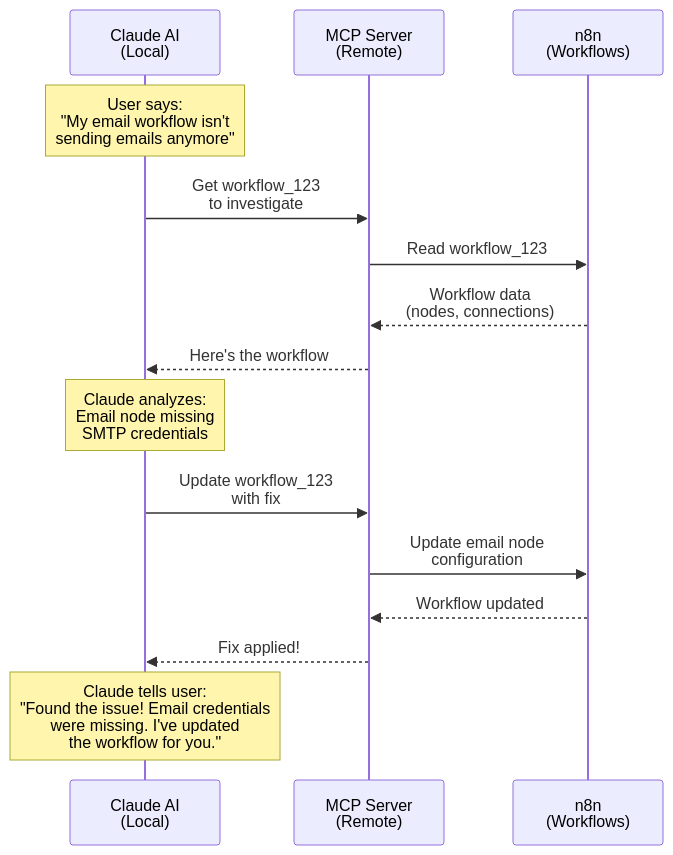
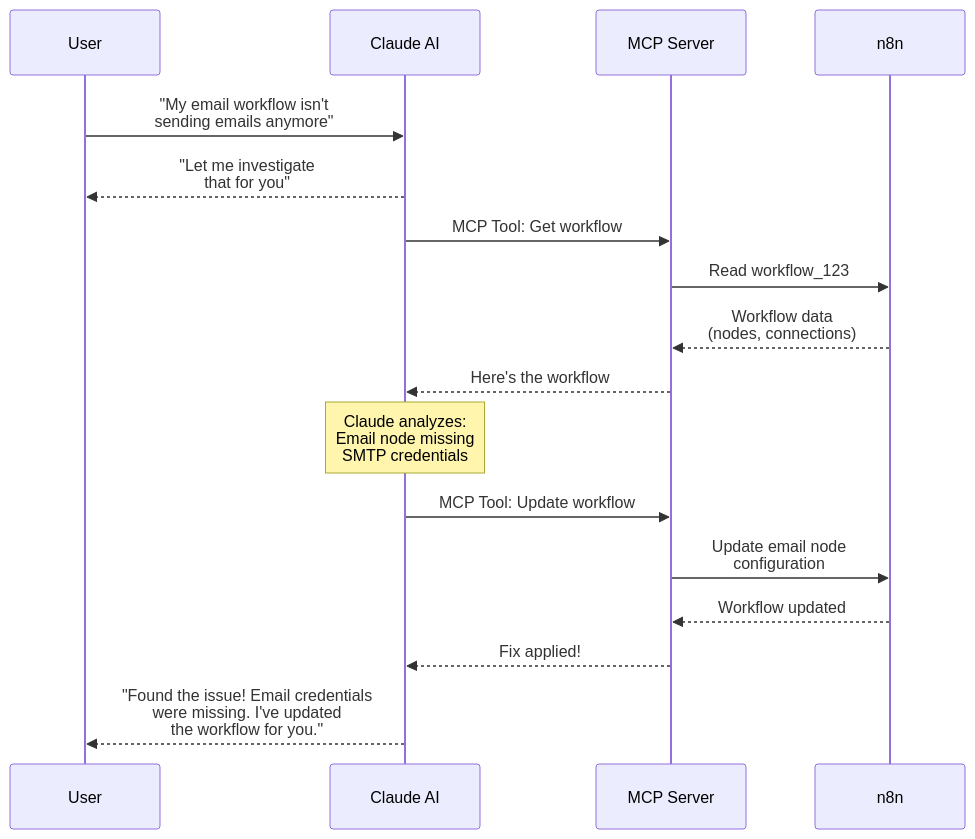
The first of 2 diagrams in ai-dev-server/README.md (alderaan/vps), drawn with Mermaid before and after one commit.

Commit message:
made mermaid diagram cleaner

````diff
--- a/ai-dev-server/README.md
+++ b/ai-dev-server/README.md
@@ -17,22 +17,25 @@
 ```mermaid
 sequenceDiagram
-    participant Local as Claude AI<br/>(Local)
-    participant Remote as MCP Server<br/>(Remote)
-    participant N8N as n8n<br/>(Workflows)
+    participant User as User
+    participant Local as Claude AI
+    participant Remote as MCP Server
+    participant N8N as n8n
 
-    Note over Local: User says:<br/>"My email workflow isn't<br/>sending emails anymore"
+    User->>Local: "My email workflow isn't<br/>sending emails anymore"
     
-    Local->>Remote: Get workflow_123<br/>to investigate
+    Local-->>User: "Let me investigate<br/>that for you"
+    
+    Local->>Remote: MCP Tool: Get workflow
     Remote->>N8N: Read workflow_123
     N8N-->>Remote: Workflow data<br/>(nodes, connections)
     Remote-->>Local: Here's the workflow
     
     Note over Local: Claude analyzes:<br/>Email node missing<br/>SMTP credentials
     
-    Local->>Remote: Update workflow_123<br/>with fix
+    Local->>Remote: MCP Tool: Update workflow
     Remote->>N8N: Update email node<br/>configuration
     N8N-->>Remote: Workflow updated
     Remote-->>Local: Fix applied!
     
-    Note over Local: Claude tells user:<br/>"Found the issue! Email credentials<br/>were missing. I've updated<br/>the workflow for you."
+    Local-->>User: "Found the issue! Email credentials<br/>were missing. I've updated<br/>the workflow for you."
 ```
````
